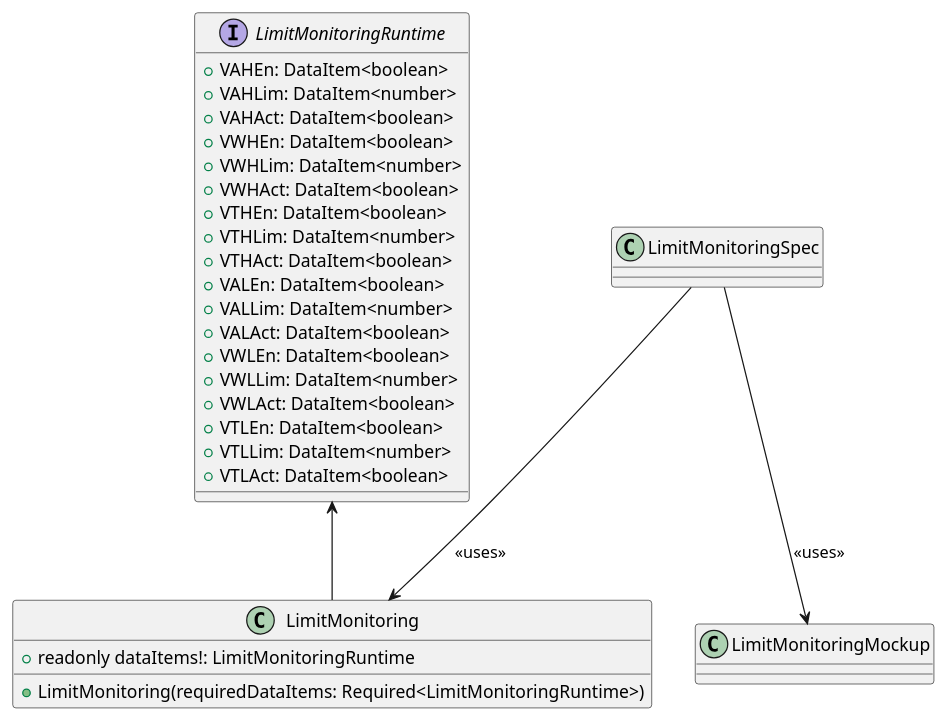
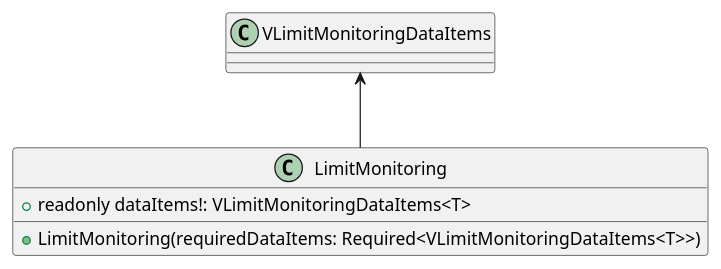
The diagram in src/modularPlantManager/pea/dataAssembly/baseFunction/limitMonitoring/LimitMonitoring.puml (p2o-lab/polaris-backend), drawn with PlantUML before and after one commit. The commit also changed 12 other files, not shown here.

```diff
--- a/src/modularPlantManager/pea/dataAssembly/baseFunction/limitMonitoring/LimitMonitoring.puml
+++ b/src/modularPlantManager/pea/dataAssembly/baseFunction/limitMonitoring/LimitMonitoring.puml
@@ -26,34 +26,13 @@
 @startuml
 'https://plantuml.com/class-diagram
 
-interface LimitMonitoringRuntime {
-+ VAHEn: DataItem<boolean>
-+ VAHLim: DataItem<number>
-+ VAHAct: DataItem<boolean>
-+ VWHEn: DataItem<boolean>
-+ VWHLim: DataItem<number>
-+ VWHAct: DataItem<boolean>
-+ VTHEn: DataItem<boolean>
-+ VTHLim: DataItem<number>
-+ VTHAct: DataItem<boolean>
-+ VALEn: DataItem<boolean>
-+ VALLim: DataItem<number>
-+ VALAct: DataItem<boolean>
-+ VWLEn: DataItem<boolean>
-+ VWLLim: DataItem<number>
-+ VWLAct: DataItem<boolean>
-+ VTLEn: DataItem<boolean>
-+ VTLLim: DataItem<number>
-+ VTLAct: DataItem<boolean>
+
+class LimitMonitoring{
+   +  readonly dataItems!: VLimitMonitoringDataItems<T>
+
+   + LimitMonitoring(requiredDataItems: Required<VLimitMonitoringDataItems<T>>)
 }
 
-class LimitMonitoring{
-   +  readonly dataItems!: LimitMonitoringRuntime
+VLimitMonitoringDataItems <-- LimitMonitoring
 
-   + LimitMonitoring(requiredDataItems: Required<LimitMonitoringRuntime>)
-}
-
-LimitMonitoringRuntime <-- LimitMonitoring
-LimitMonitoringSpec --> LimitMonitoring : <<uses>>
-LimitMonitoringSpec --> LimitMonitoringMockup : <<uses>>
 @enduml
```
